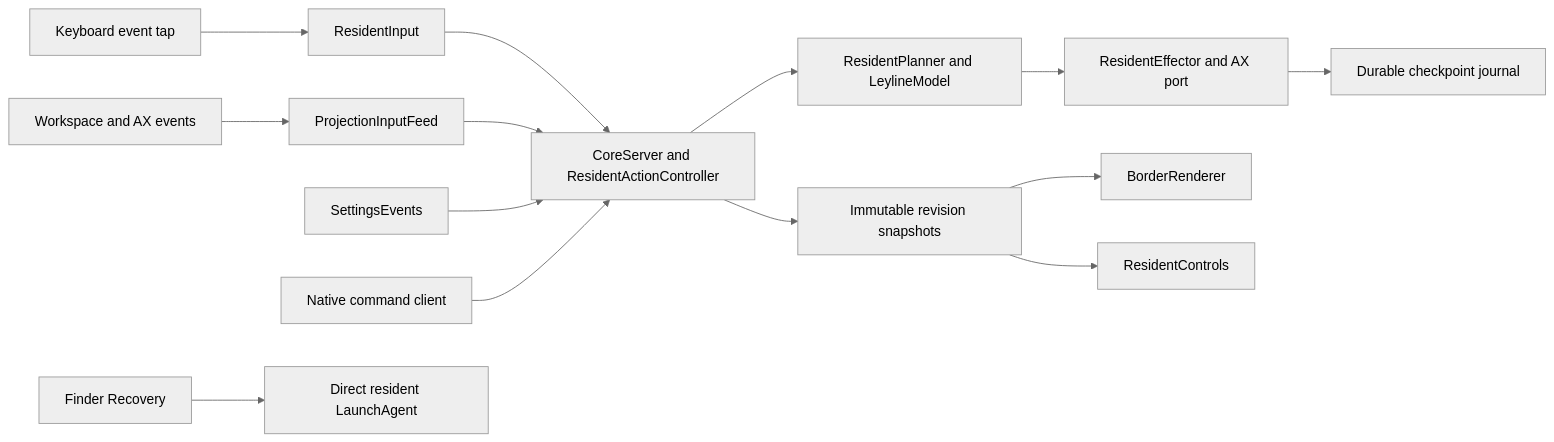
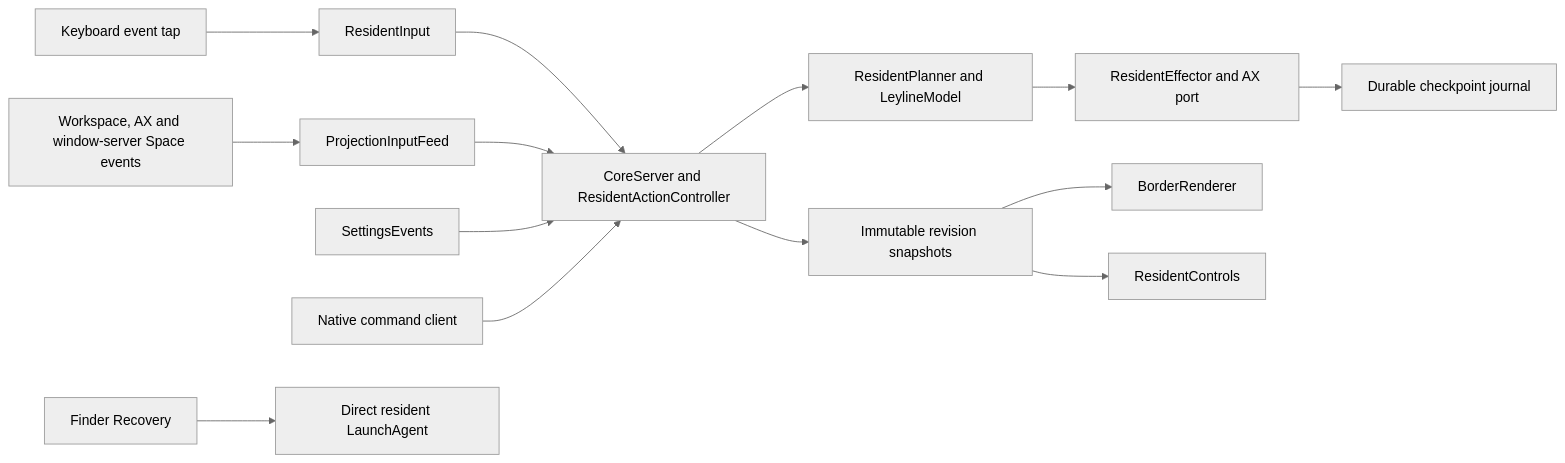
The diagram in docs/architecture/leylined-core.md (scshafe/leyline-wm), drawn with Mermaid (neutral theme) before and after one commit. The commit also changed other lines of this file and 741 other files, not shown here.

````diff
--- a/docs/architecture/leylined-core.md
+++ b/docs/architecture/leylined-core.md
@@ -8,16 +8,16 @@
 ```mermaid
 flowchart LR
   Keys[Keyboard event tap] --> Input[ResidentInput]
-  AX[Workspace and AX events] --> Feed[ProjectionInputFeed]
+  AX[Workspace, AX and window-server Space events] --> Feed[ProjectionInputFeed]
   Input --> Authority[CoreServer and ResidentActionController]
   Feed --> Authority
   Settings[SettingsEvents] --> Authority
   Authority --> Planner[ResidentPlanner and LeylineModel]
   Planner --> Effects[ResidentEffector and AX port]
   Effects --> Journal[Durable checkpoint journal]
   Authority --> Snapshot[Immutable revision snapshots]
   Snapshot --> Borders[BorderRenderer]
   Snapshot --> Menu[ResidentControls]
   Client[Native command client] --> Authority
   Recovery[Finder Recovery] --> Launchd[Direct resident LaunchAgent]
 ```
````
